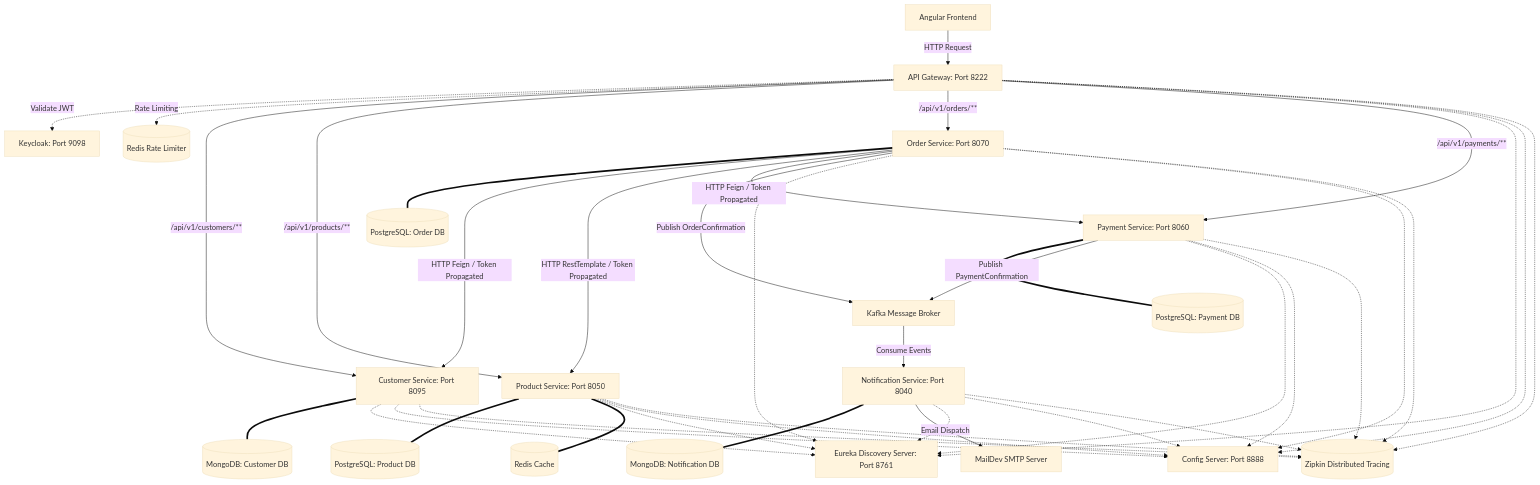
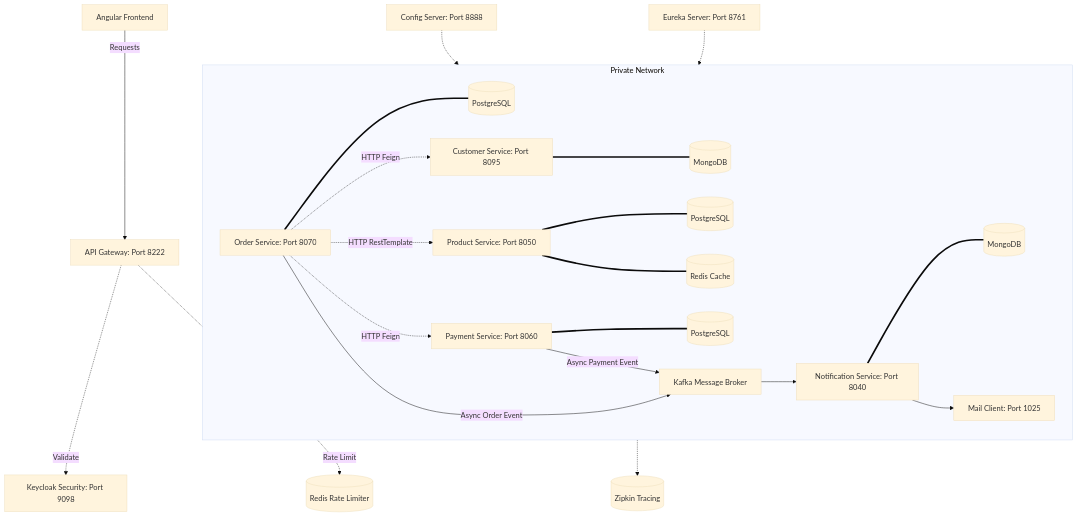
The diagram in README.md (Nic3holas-wq/ecommerce-microservices), drawn with Mermaid (base theme) before and after one commit.

````diff
--- a/README.md
+++ b/README.md
@@ -11,61 +11,33 @@
 ```mermaid
 graph TD
-    %% Ingress and Security
-    Client[Angular Frontend] -->|HTTP Request| GW[API Gateway: Port 8222]
-    GW -.->|Validate JWT| Keycloak[Keycloak: Port 9098]
-    GW -.->|Rate Limiting| RedisGW[(Redis Rate Limiter)]
+    %% Public Network
+    Angular[Angular Frontend] -->|Requests| GW[API Gateway: Port 8222]
+    GW -.->|Validate| Keycloak[Keycloak Security: Port 9098]
+    GW -.->|Rate Limit| RedisGW[(Redis Rate Limiter)]
 
-    %% API Gateway Routes
-    GW -->|/api/v1/customers/**| CustSvc[Customer Service: Port 8095]
-    GW -->|/api/v1/products/**| ProdSvc[Product Service: Port 8050]
-    GW -->|/api/v1/orders/**| OrderSvc[Order Service: Port 8070]
-    GW -->|/api/v1/payments/**| PaySvc[Payment Service: Port 8060]
+    subgraph PrivateNetwork [Private Network]
+        %% Microservices & Databases
+        CustSvc[Customer Service: Port 8095] === MongoCust[(MongoDB)]
+        ProdSvc[Product Service: Port 8050] === PGProd[(PostgreSQL)]
+        ProdSvc === RedisProd[(Redis Cache)]
+        OrderSvc[Order Service: Port 8070] === PGOrder[(PostgreSQL)]
+        PaySvc[Payment Service: Port 8060] === PGPay[(PostgreSQL)]
+        NotifSvc[Notification Service: Port 8040] === MongoNotif[(MongoDB)]
+        NotifSvc --> Mail[Mail Client: Port 1025]
 
-    %% Databases
-    CustSvc === MongoDB_Cust[(MongoDB: Customer DB)]
-    ProdSvc === PG_Prod[(PostgreSQL: Product DB)]
-    ProdSvc === Redis_Cache[(Redis Cache)]
-    OrderSvc === PG_Order[(PostgreSQL: Order DB)]
-    PaySvc === PG_Pay[(PostgreSQL: Payment DB)]
-    NotifSvc === MongoDB_Notif[(MongoDB: Notification DB)]
+        %% HTTP Interactions (Feign / RestTemplate)
+        OrderSvc -.->|HTTP Feign| CustSvc
+        OrderSvc -.->|HTTP RestTemplate| ProdSvc
+        OrderSvc -.->|HTTP Feign| PaySvc
 
-    %% Synchronous Downstream Calls
-    OrderSvc -->|HTTP Feign / Token Propagated| CustSvc
-    OrderSvc -->|HTTP RestTemplate / Token Propagated| ProdSvc
-    OrderSvc -->|HTTP Feign / Token Propagated| PaySvc
+        %% Async Event Stream (Kafka)
+        OrderSvc -->|Async Order Event| Kafka[Kafka Message Broker]
+        PaySvc -->|Async Payment Event| Kafka
+        Kafka --> NotifSvc
+    end
 
-    %% Asynchronous Events (Kafka)
-    OrderSvc -->|Publish OrderConfirmation| Kafka[Kafka Message Broker]
-    PaySvc -->|Publish PaymentConfirmation| Kafka
-    Kafka -->|Consume Events| NotifSvc[Notification Service: Port 8040]
-    NotifSvc -->|Email Dispatch| MailDev[MailDev SMTP Server]
-
-    %% Core Infra Services
-    Eureka[Eureka Discovery Server: Port 8761]
-    Config[Config Server: Port 8888]
-    Tracing[(Zipkin Distributed Tracing)]
-
-    %% Service Registry
-    GW -.-> Eureka
-    CustSvc -.-> Eureka
-    ProdSvc -.-> Eureka
-    OrderSvc -.-> Eureka
-    PaySvc -.-> Eureka
-    NotifSvc -.-> Eureka
-
-    %% Config Clients
-    GW -.-> Config
-    CustSvc -.-> Config
-    ProdSvc -.-> Config
-    OrderSvc -.-> Config
-    PaySvc -.-> Config
-    NotifSvc -.-> Config
-
-    %% Tracing Client Push
-    GW -.-> Tracing
-    CustSvc -.-> Tracing
-    ProdSvc -.-> Tracing
-    OrderSvc -.-> Tracing
-    PaySvc -.-> Tracing
-    NotifSvc -.-> Tracing
+    %% Core Infra & Monitoring
+    Config[Config Server: Port 8888] -.-> PrivateNetwork
+    Eureka[Eureka Server: Port 8761] -.-> PrivateNetwork
+    PrivateNetwork -.-> Tracing[(Zipkin Tracing)]
 ```
````
